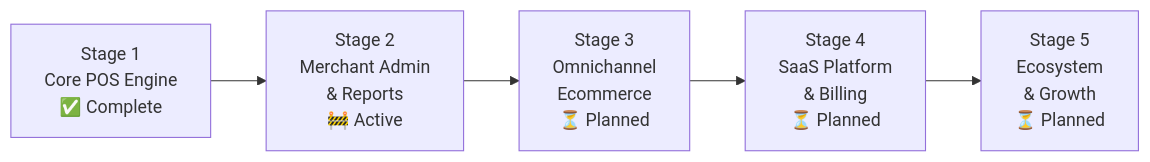
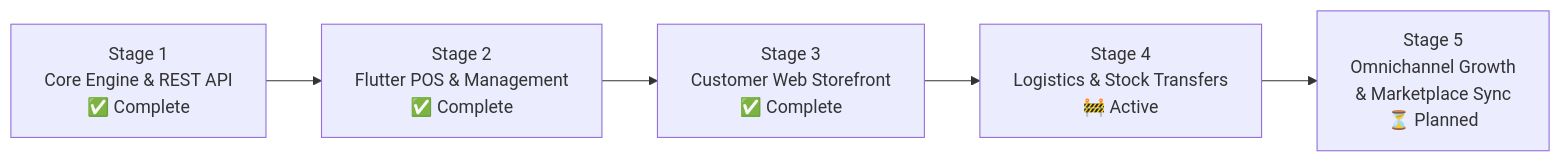
One commit to codernotme/marketplace changed the first of 5 diagrams in docs/todos-and-roadmap.md. Above: the diagram before and after it, drawn with Mermaid. The commit also changed other lines of this file and 264 other files, not shown here.

Commit message:
feat: initialize api and pos applications with initial modules and structure

````diff
--- a/docs/todos-and-roadmap.md
+++ b/docs/todos-and-roadmap.md
@@ -9,10 +9,10 @@
 ```mermaid
 graph LR
-    S1["Stage 1<br/>Core POS Engine<br/>✅ Complete"]
-    S2["Stage 2<br/>Merchant Admin<br/>& Reports<br/>🚧 Active"]
-    S3["Stage 3<br/>Omnichannel<br/>Ecommerce<br/>⏳ Planned"]
-    S4["Stage 4<br/>SaaS Platform<br/>& Billing<br/>⏳ Planned"]
-    S5["Stage 5<br/>Ecosystem<br/>& Growth<br/>⏳ Planned"]
+    S1["Stage 1<br/>Core Engine & REST API<br/>✅ Complete"]
+    S2["Stage 2<br/>Flutter POS & Management<br/>✅ Complete"]
+    S3["Stage 3<br/>Customer Web Storefront<br/>✅ Complete"]
+    S4["Stage 4<br/>Logistics & Stock Transfers<br/>🚧 Active"]
+    S5["Stage 5<br/>Omnichannel Growth<br/>& Marketplace Sync<br/>⏳ Planned"]
 
     S1 --> S2 --> S3 --> S4 --> S5
 ```
````
